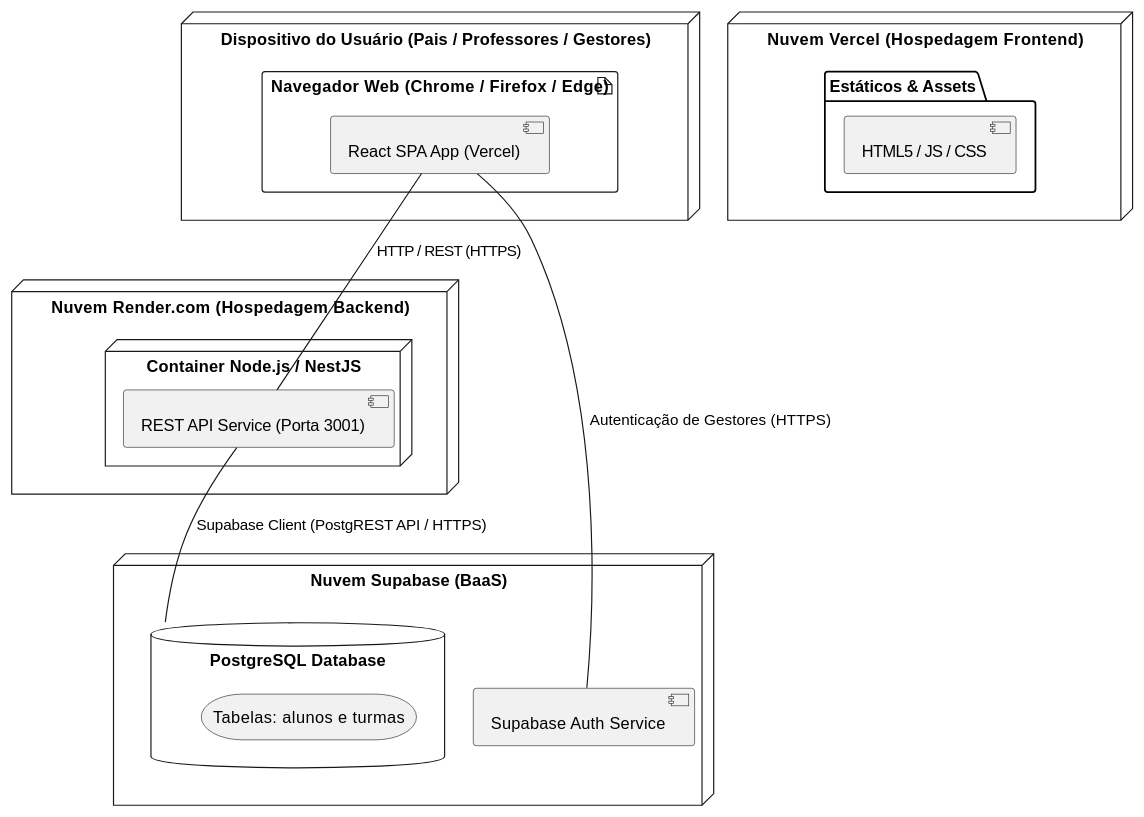
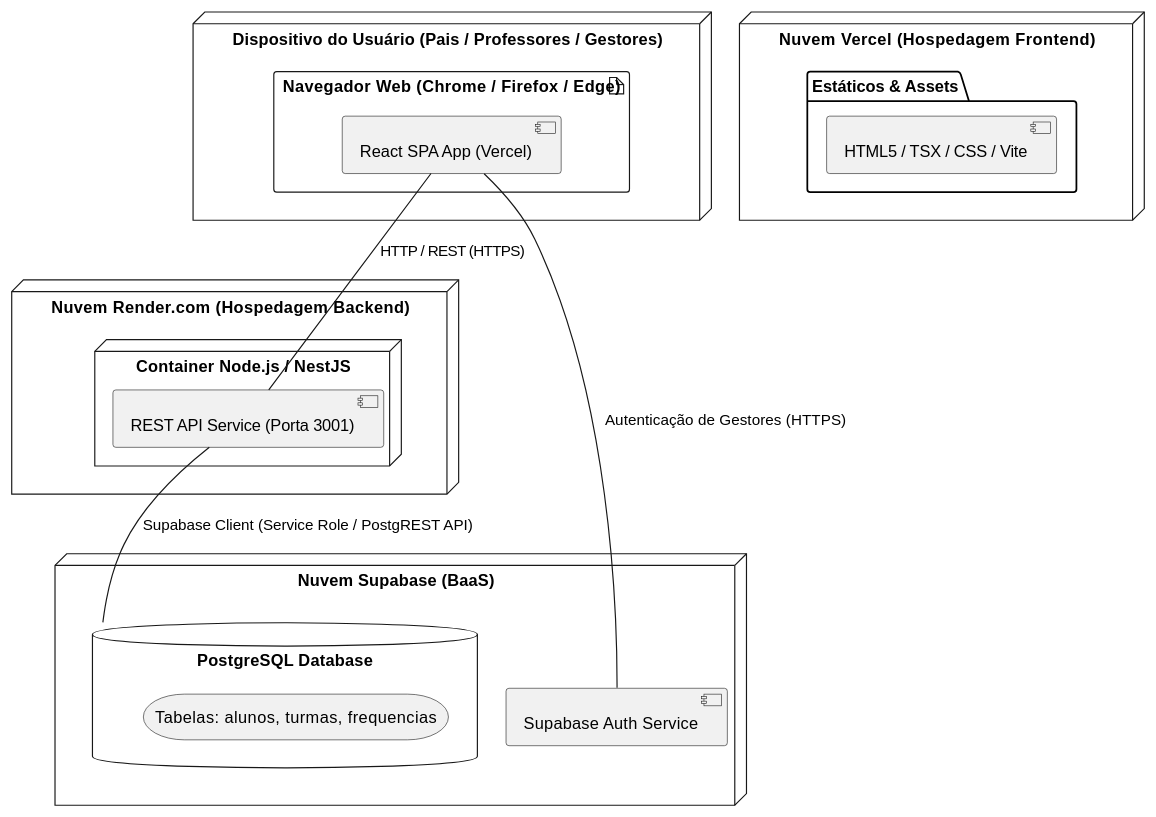
One commit to heduardowitkoski/odessamacedoChamada changed the fourth of 4 diagrams in DIAGRAMAS_UML.md. Above: the diagram before and after it, drawn with PlantUML. The commit also changed other lines of this file and 1 other file, not shown here.

Commit message:
docs: atualizacao completa da documentacao do projeto e diagramas UML com as ultimas funcionalidades

````diff
--- a/DIAGRAMAS_UML.md
+++ b/DIAGRAMAS_UML.md
@@ -181,35 +218,35 @@
 ```plantuml
 @startuml Diagrama_de_Implantacao_Odessa_Macedo
 skinparam nodeAttributeIconSize 0
 skinparam shadowing false
 
 node "Dispositivo do Usuário (Pais / Professores / Gestores)" {
   artifact "Navegador Web (Chrome / Firefox / Edge)" {
     component "React SPA App (Vercel)" as SPA
   }
 }
 
 node "Nuvem Vercel (Hospedagem Frontend)" {
   folder "Estáticos & Assets" {
-    [HTML5 / JS / CSS]
+    [HTML5 / TSX / CSS / Vite]
   }
 }
 
 node "Nuvem Render.com (Hospedagem Backend)" {
   node "Container Node.js / NestJS" {
     component "REST API Service (Porta 3001)" as API
   }
 }
 
 node "Nuvem Supabase (BaaS)" {
   database "PostgreSQL Database" as DB_Postgres {
-    storage "Tabelas: alunos e turmas" as TabAlunos
+    storage "Tabelas: alunos, turmas, frequencias" as Tables
   }
   component "Supabase Auth Service" as Auth
 }
 
 SPA -- API : HTTP / REST (HTTPS)
 SPA -- Auth : Autenticação de Gestores (HTTPS)
-API -- DB_Postgres : Supabase Client (PostgREST API / HTTPS)
+API -- DB_Postgres : Supabase Client (Service Role / PostgREST API)
 @enduml
 ```
````
